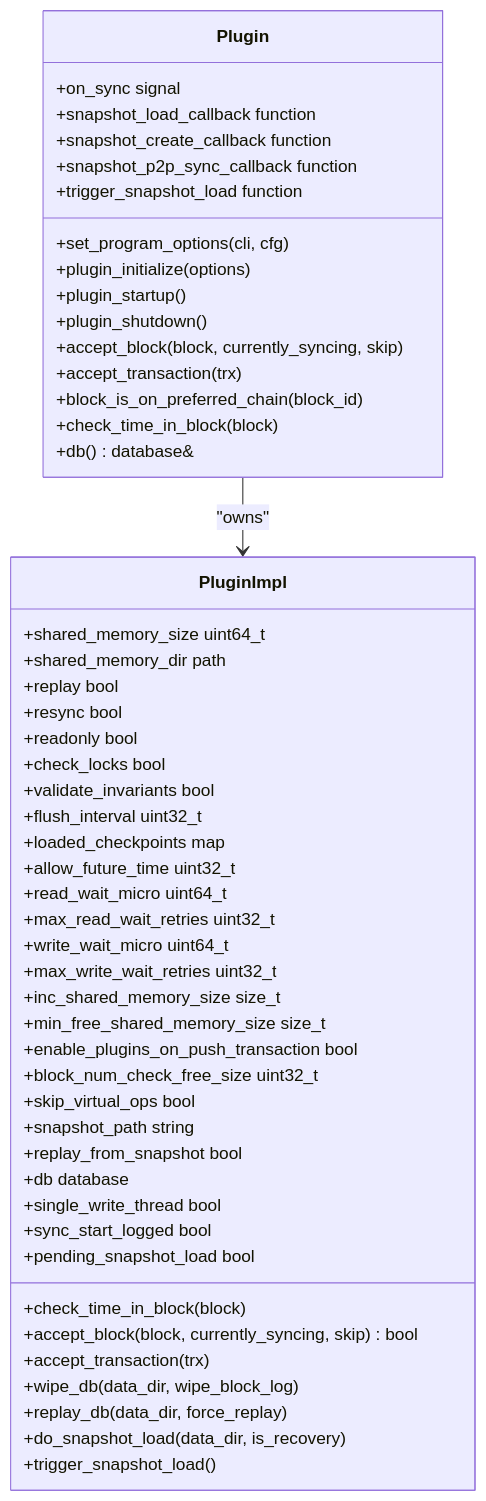
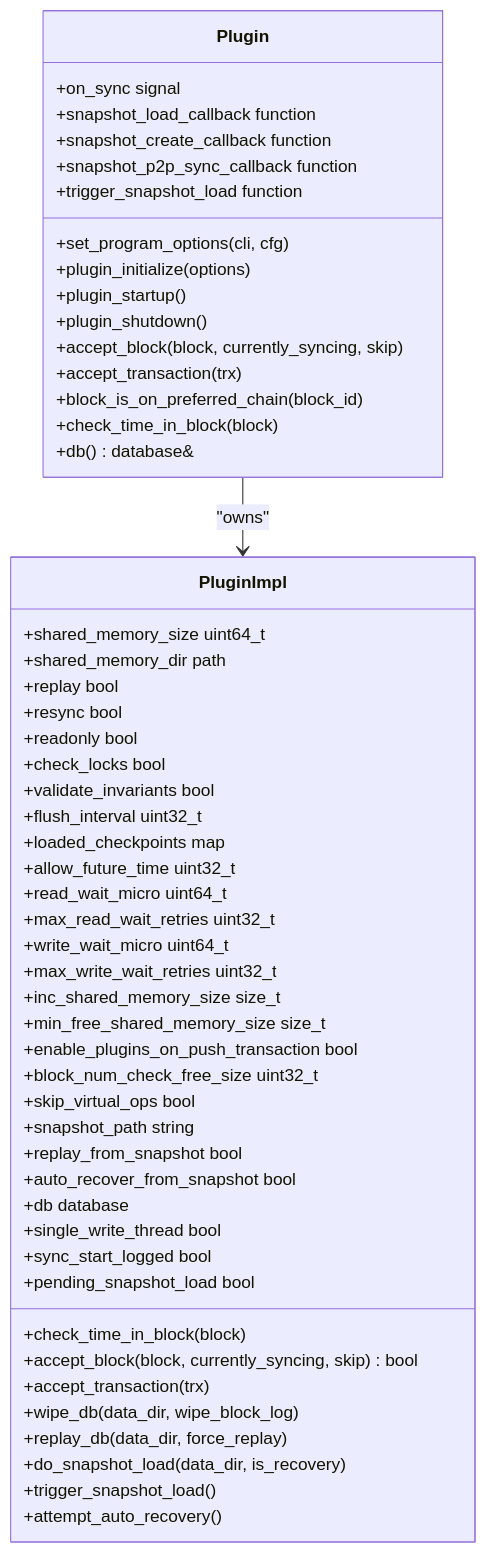
One commit to VIZ-Blockchain/viz-cpp-node changed the third of 14 diagrams in .qoder/repowiki/en/content/Chain Plugin.md. Above: the diagram before and after it, drawn with Mermaid. The commit also changed other lines of this file and 4 other files, not shown here.

First line of the commit message:
feat(database): add shared_memory_corruption_exception and auto-recovery integration

````diff
--- a/.qoder/repowiki/en/content/Chain Plugin.md
+++ b/.qoder/repowiki/en/content/Chain Plugin.md
@@ -165,54 +169,56 @@
 ```mermaid
 classDiagram
 class Plugin {
 +set_program_options(cli, cfg)
 +plugin_initialize(options)
 +plugin_startup()
 +plugin_shutdown()
 +accept_block(block, currently_syncing, skip)
 +accept_transaction(trx)
 +block_is_on_preferred_chain(block_id)
 +check_time_in_block(block)
 +db() database&
 +on_sync signal
 +snapshot_load_callback function
 +snapshot_create_callback function
 +snapshot_p2p_sync_callback function
 +trigger_snapshot_load function
 }
 class PluginImpl {
 +shared_memory_size uint64_t
 +shared_memory_dir path
 +replay bool
 +resync bool
 +readonly bool
 +check_locks bool
 +validate_invariants bool
 +flush_interval uint32_t
 +loaded_checkpoints map
 +allow_future_time uint32_t
 +read_wait_micro uint64_t
 +max_read_wait_retries uint32_t
 +write_wait_micro uint64_t
 +max_write_wait_retries uint32_t
 +inc_shared_memory_size size_t
 +min_free_shared_memory_size size_t
 +enable_plugins_on_push_transaction bool
 +block_num_check_free_size uint32_t
 +skip_virtual_ops bool
 +snapshot_path string
 +replay_from_snapshot bool
++auto_recover_from_snapshot bool
 +db database
 +single_write_thread bool
 +sync_start_logged bool
 +pending_snapshot_load bool
 +check_time_in_block(block)
 +accept_block(block, currently_syncing, skip) bool
 +accept_transaction(trx)
 +wipe_db(data_dir, wipe_block_log)
 +replay_db(data_dir, force_replay)
 +do_snapshot_load(data_dir, is_recovery)
 +trigger_snapshot_load()
++attempt_auto_recovery()
 }
 Plugin --> PluginImpl : "owns"
 ```
````
